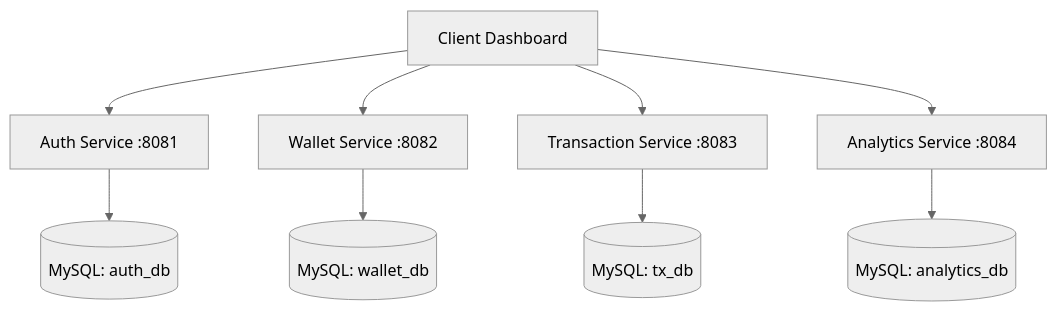
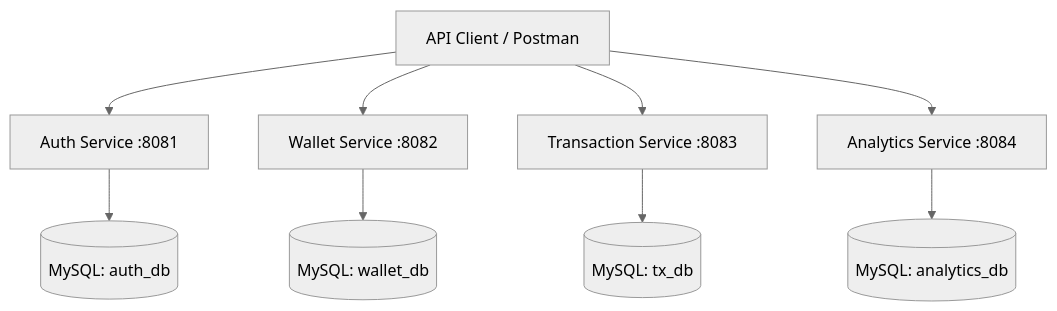
One commit to sandy-sanjay/Smart-Digital-Wallet-Expense-Management- changed the diagram in README.md. Above: the diagram before and after it, drawn with Mermaid (neutral theme). The commit also changed other lines of this file, not shown here.

Commit message:
Update README: Remove frontend specifics and focus on Backend API

````diff
--- a/README.md
+++ b/README.md
@@ -16,12 +16,12 @@
 ```mermaid
 graph TD
-    Client[Client Dashboard] --> Auth[Auth Service :8081]
+    Client[API Client / Postman] --> Auth[Auth Service :8081]
     Client --> Wallet[Wallet Service :8082]
     Client --> Tx[Transaction Service :8083]
     Client --> Analytics[Analytics Service :8084]
     
     Auth --> DB_Auth[(MySQL: auth_db)]
     Wallet --> DB_Wallet[(MySQL: wallet_db)]
     Tx --> DB_Tx[(MySQL: tx_db)]
     Analytics --> DB_Analytics[(MySQL: analytics_db)]
 ```
````
